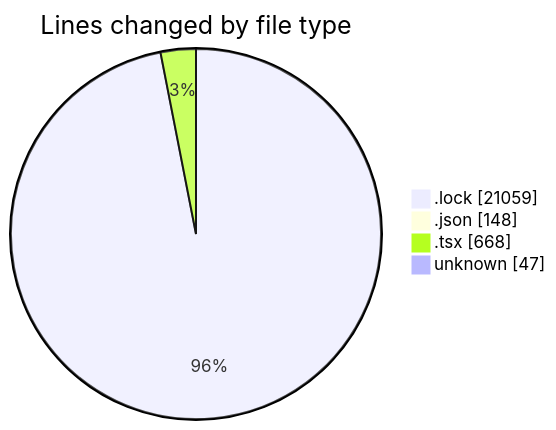
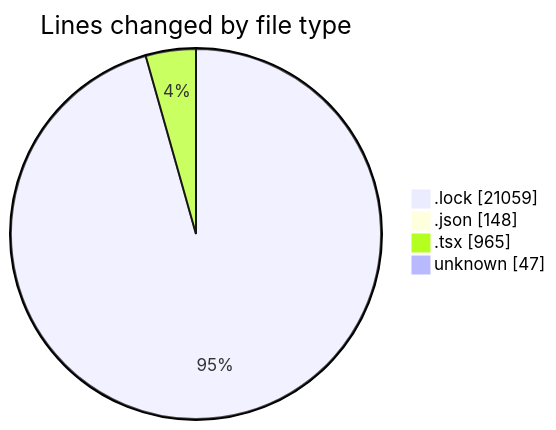
Before and after one commit to momahboobian/code-tracking: the first of 2 diagrams in 2025-10-20/cda/README.md, drawn with Mermaid. The commit also changed other lines of this file and 1 other file, not shown here.

````diff
--- a/2025-10-20/cda/README.md
+++ b/2025-10-20/cda/README.md
@@ -28,8 +29,8 @@
 ```mermaid
 pie showData
 title Lines changed by file type
 ".lock" : 21059
 ".json" : 148
-".tsx" : 668
+".tsx" : 965
 "unknown" : 47
 ```
````
